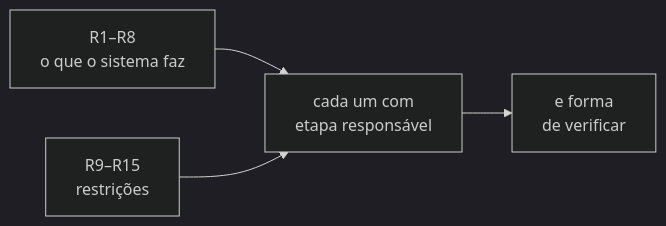
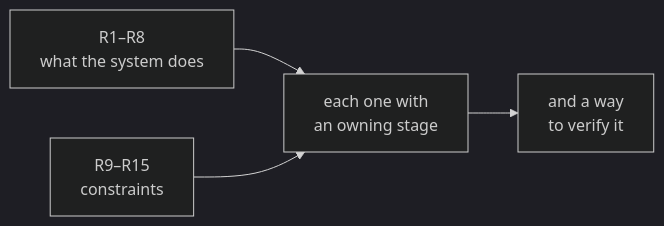
Before and after one commit to enzoconsulo/factory-tcc: the diagram in docs/tasks/en/E1-planning-and-architecture/FAB-101-gather-requirements-r1r15.md, drawn with Mermaid (dark theme). The commit also changed other lines of this file and 52 other files, not shown here.

````diff
--- a/docs/tasks/en/E1-planning-and-architecture/FAB-101-gather-requirements-r1r15.md
+++ b/docs/tasks/en/E1-planning-and-architecture/FAB-101-gather-requirements-r1r15.md
@@ -11,6 +11,6 @@
 ```mermaid
 flowchart LR
-  F["R1–R8<br/>o que o sistema faz"] --> E["cada um com<br/>etapa responsável"]
-  S["R9–R15<br/>restrições"] --> E
-  E --> V["e forma<br/>de verificar"]
+  F["R1–R8<br/>what the system does"] --> E["each one with<br/>an owning stage"]
+  S["R9–R15<br/>constraints"] --> E
+  E --> V["and a way<br/>to verify it"]
 ```
````
